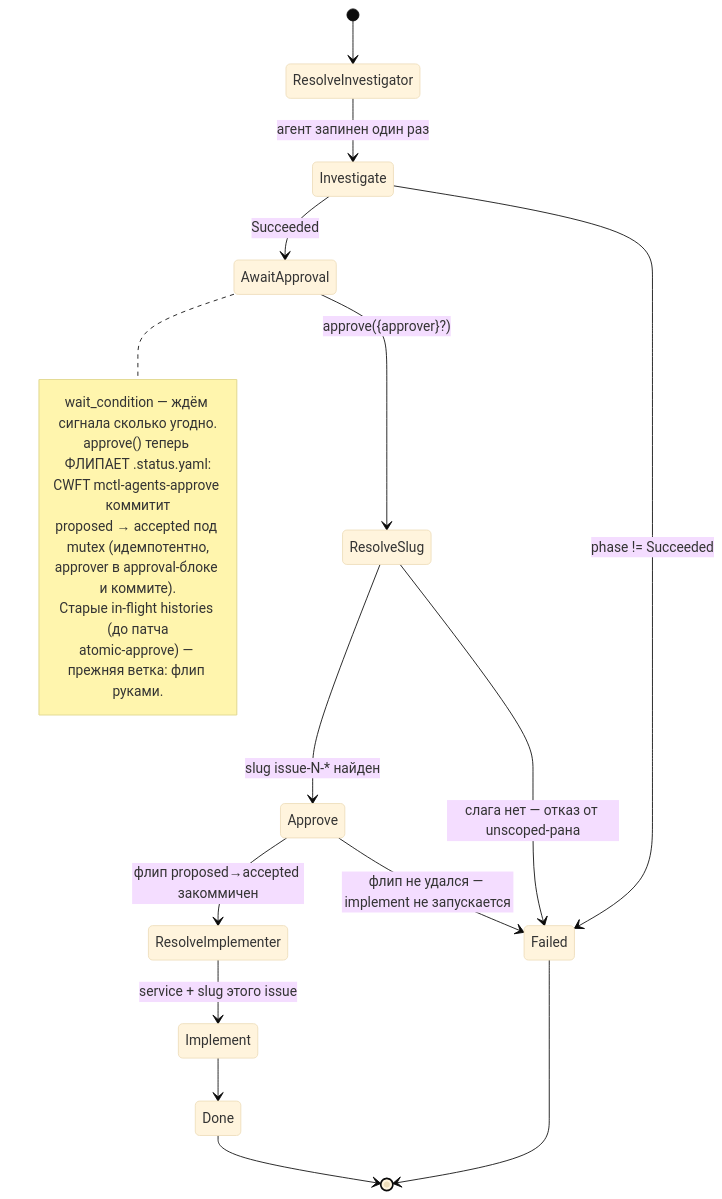
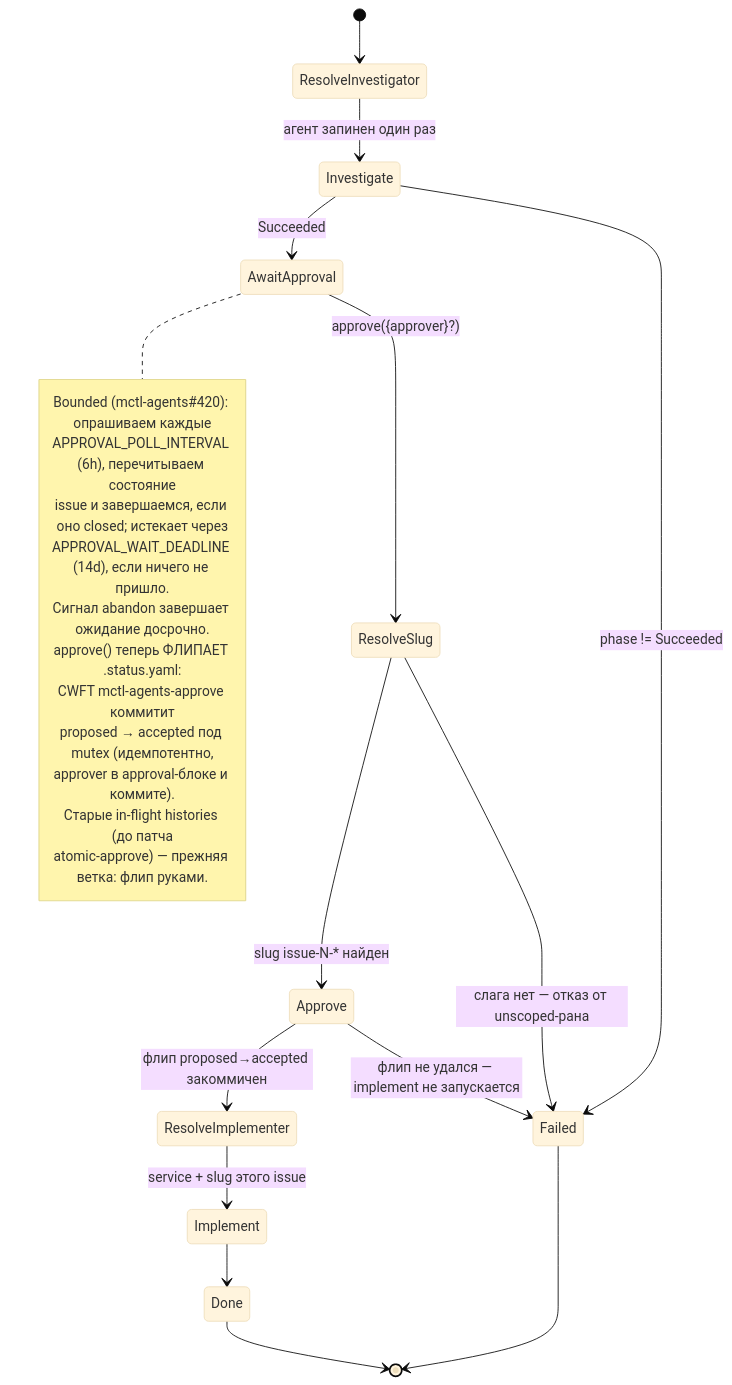
One commit to mctlhq/mctl-agents changed the diagram in docs/diagrams/temporal-flow-states.mmd. Above: the diagram before and after it, drawn with Mermaid (base theme). The commit also changed 10 other files, not shown here.

```diff
--- a/docs/diagrams/temporal-flow-states.mmd
+++ b/docs/diagrams/temporal-flow-states.mmd
@@ -1,24 +1,28 @@
 stateDiagram-v2
     [*] --> ResolveInvestigator
     ResolveInvestigator --> Investigate: агент запинен один раз
     Investigate --> Failed: phase != Succeeded
     Investigate --> AwaitApproval: Succeeded
     AwaitApproval --> ResolveSlug: approve({approver}?)
     ResolveSlug --> Approve: slug issue-N-* найден
     ResolveSlug --> Failed: слага нет — отказ от unscoped-рана
     Approve --> ResolveImplementer: флип proposed→accepted закоммичен
     Approve --> Failed: флип не удался — implement не запускается
     ResolveImplementer --> Implement: service + slug этого issue
     Implement --> Done
     Failed --> [*]
     Done --> [*]
 
     note right of AwaitApproval
-      wait_condition — ждём сигнала сколько угодно.
+      Bounded (mctl-agents#420): опрашиваем каждые
+      APPROVAL_POLL_INTERVAL (6h), перечитываем состояние
+      issue и завершаемся, если оно closed; истекает через
+      APPROVAL_WAIT_DEADLINE (14d), если ничего не пришло.
+      Сигнал abandon завершает ожидание досрочно.
       approve() теперь ФЛИПАЕТ .status.yaml:
       CWFT mctl-agents-approve коммитит
       proposed → accepted под mutex (идемпотентно,
       approver в approval-блоке и коммите).
       Старые in-flight histories (до патча
       atomic-approve) — прежняя ветка: флип руками.
     end note
```
